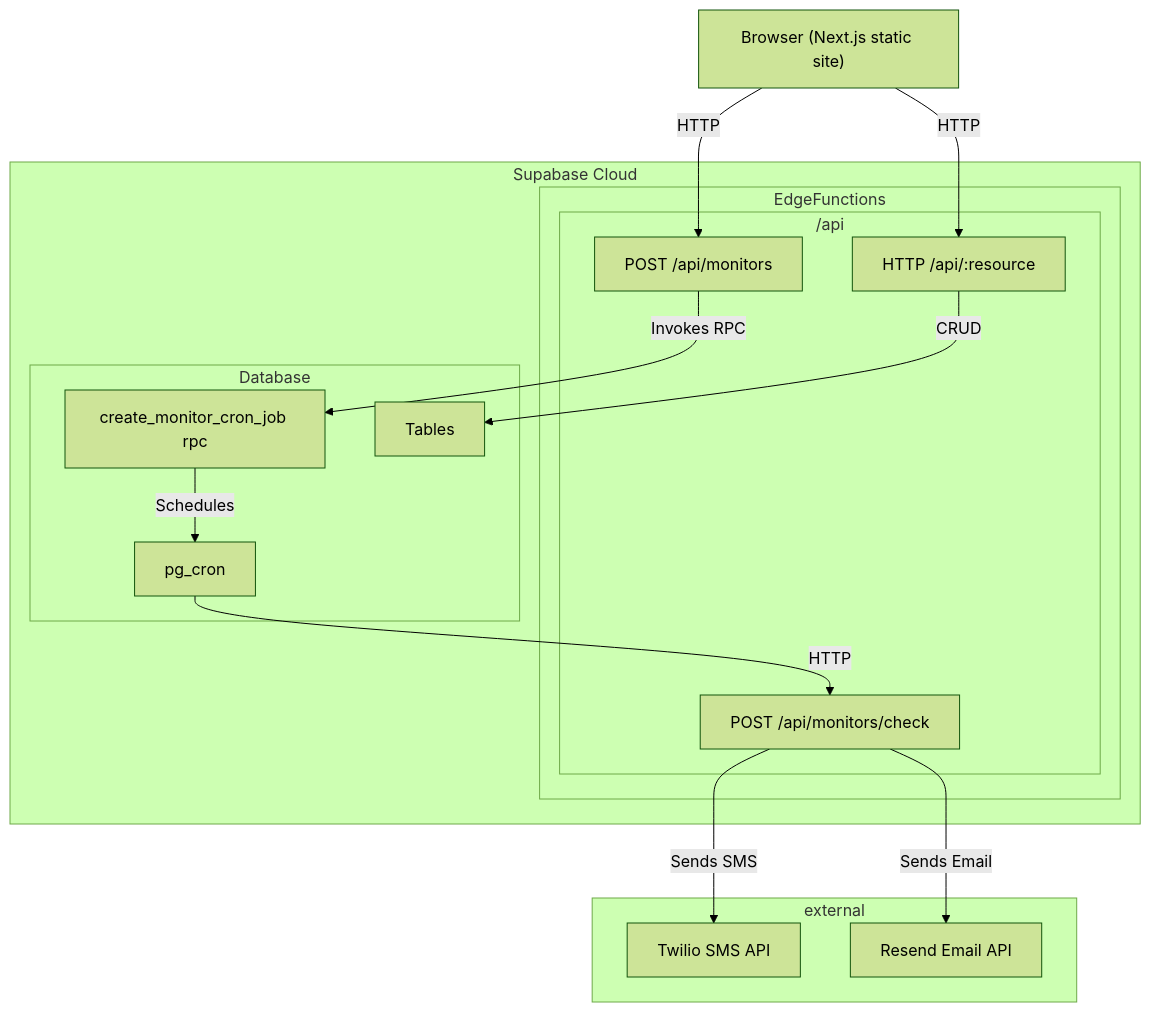
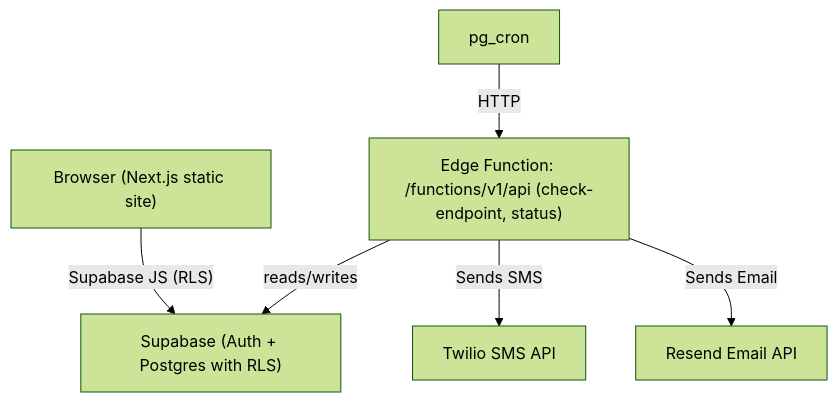
Before and after one commit to johnstonmatt/roorooroo-app: the diagram in README.md, drawn with Mermaid (forest theme). The commit also changed other lines of this file and 2 other files, not shown here.

Commit message:
edge functions only where backend required

````diff
--- a/README.md
+++ b/README.md
@@ -118,36 +125,15 @@
 ```mermaid
 flowchart TD
   A["Browser (Next.js static site)"]
-  C["/*"]
-  A -- HTTP --> C
-  A -- HTTP --> Z
+  DB["Supabase (Auth + Postgres with RLS)"]
+FN["Edge Function: /functions/v1/api (check-endpoint, status)"]
+  CRON["pg_cron"]
+  TW["Twilio SMS API"]
+  RS["Resend Email API"]
 
-  J["create_monitor_cron_job rpc"]
-  
-  subgraph Supabase Cloud
-    subgraph EdgeFunctions
-      subgraph /api
-        C["HTTP /api/:resource"]
-        Z["POST /api/monitors"]
-        M["POST /api/monitors/check"]
-      end
-    end
-
-    subgraph Database
-      K["Tables"]
-      D["pg_cron"]
-      C -- CRUD --> K
-      Z -- Invokes RPC --> J
-      J -- Schedules --> D
-      D -- HTTP --> M
-    end
-
-  end
-
-  subgraph external
-    G["Twilio SMS API"]
-    H["Resend Email API"]
-    M -- Sends Email --> H
-    M -- Sends SMS --> G
-  end
+  A -- Supabase JS (RLS) --> DB
+  CRON -- HTTP --> FN
+  FN -- reads/writes --> DB
+  FN -- Sends SMS --> TW
+  FN -- Sends Email --> RS
 ```
````
